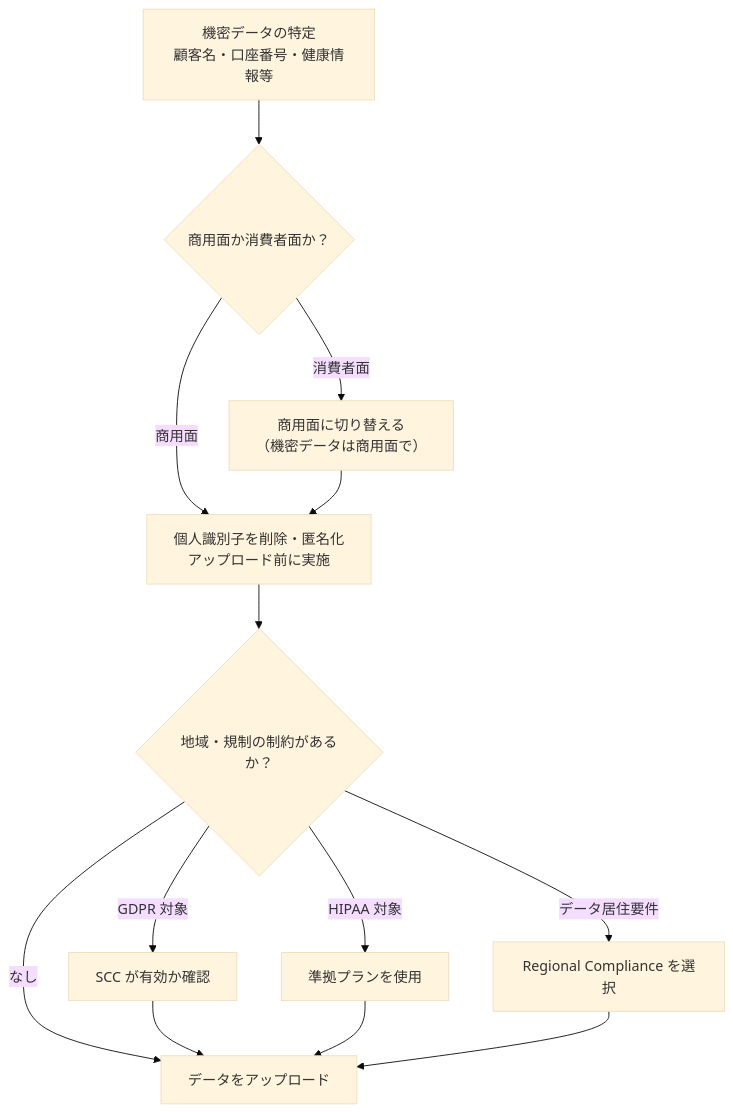
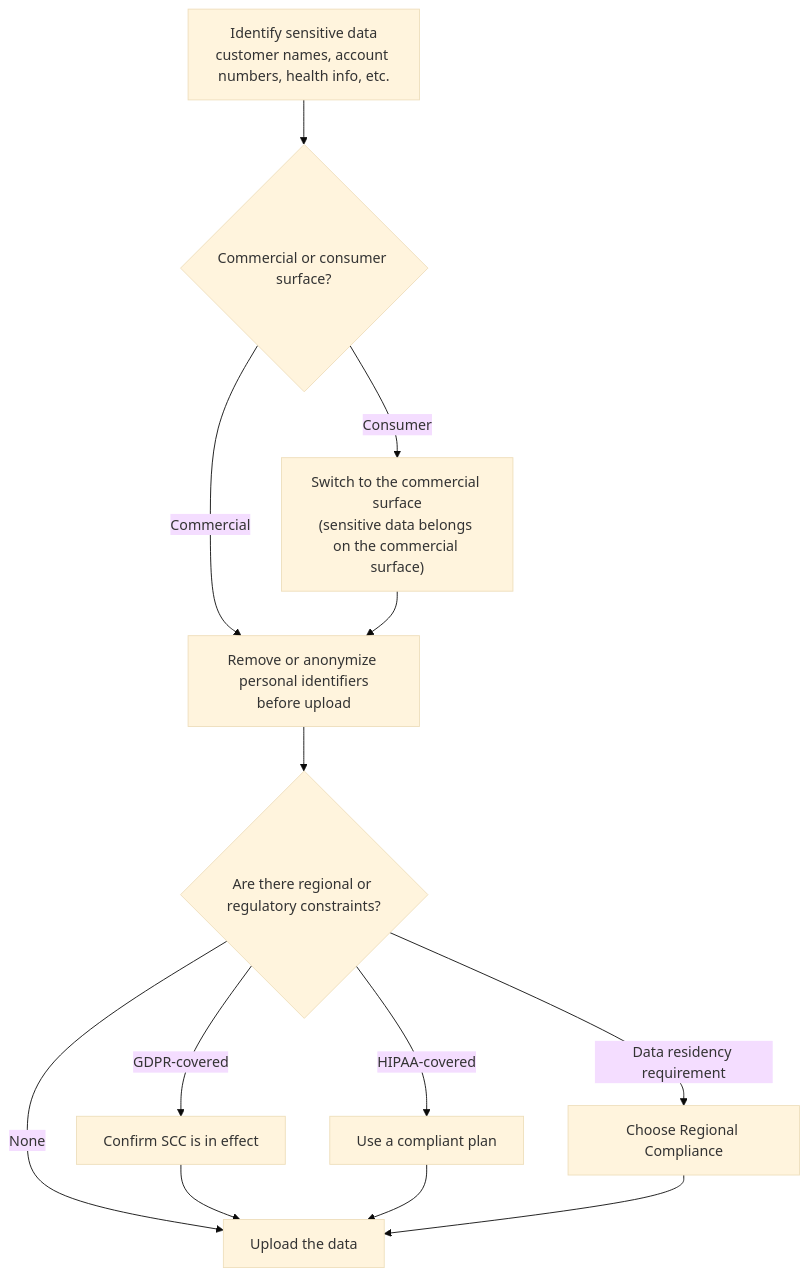
Before and after one commit to AbdullahMufti/ccao-f-guide: diagram 16 of 19 in guide.md, drawn with Mermaid (base theme). The commit also changed other lines of this file and 3 other files, not shown here.

````diff
--- a/guide.md
+++ b/guide.md
@@ -1022,15 +1028,15 @@
 ```mermaid
 flowchart TD
-    A["機密データの特定<br/>顧客名・口座番号・健康情報等"] --> B{"商用面か消費者面か？"}
-    B -->|"消費者面"| B1["商用面に切り替える<br/>（機密データは商用面で）"]
-    B -->|"商用面"| C
-    B1 --> C["個人識別子を削除・匿名化<br/>アップロード前に実施"]
-    C --> D{"地域・規制の制約があるか？"}
-    D -->|"GDPR 対象"| D1["SCC が有効か確認"]
-    D -->|"HIPAA 対象"| D2["準拠プランを使用"]
-    D -->|"データ居住要件"| D3["Regional Compliance を選択"]
-    D -->|"なし"| E
-    D1 --> E["データをアップロード"]
+    A["Identify sensitive data<br/>customer names, account numbers, health info, etc."] --> B{"Commercial or consumer surface?"}
+    B -->|"Consumer"| B1["Switch to the commercial surface<br/>(sensitive data belongs on the commercial surface)"]
+    B -->|"Commercial"| C
+    B1 --> C["Remove or anonymize personal identifiers<br/>before upload"]
+    C --> D{"Are there regional or regulatory constraints?"}
+    D -->|"GDPR-covered"| D1["Confirm SCC is in effect"]
+    D -->|"HIPAA-covered"| D2["Use a compliant plan"]
+    D -->|"Data residency requirement"| D3["Choose Regional Compliance"]
+    D -->|"None"| E
+    D1 --> E["Upload the data"]
     D2 --> E
     D3 --> E
 ```
````
